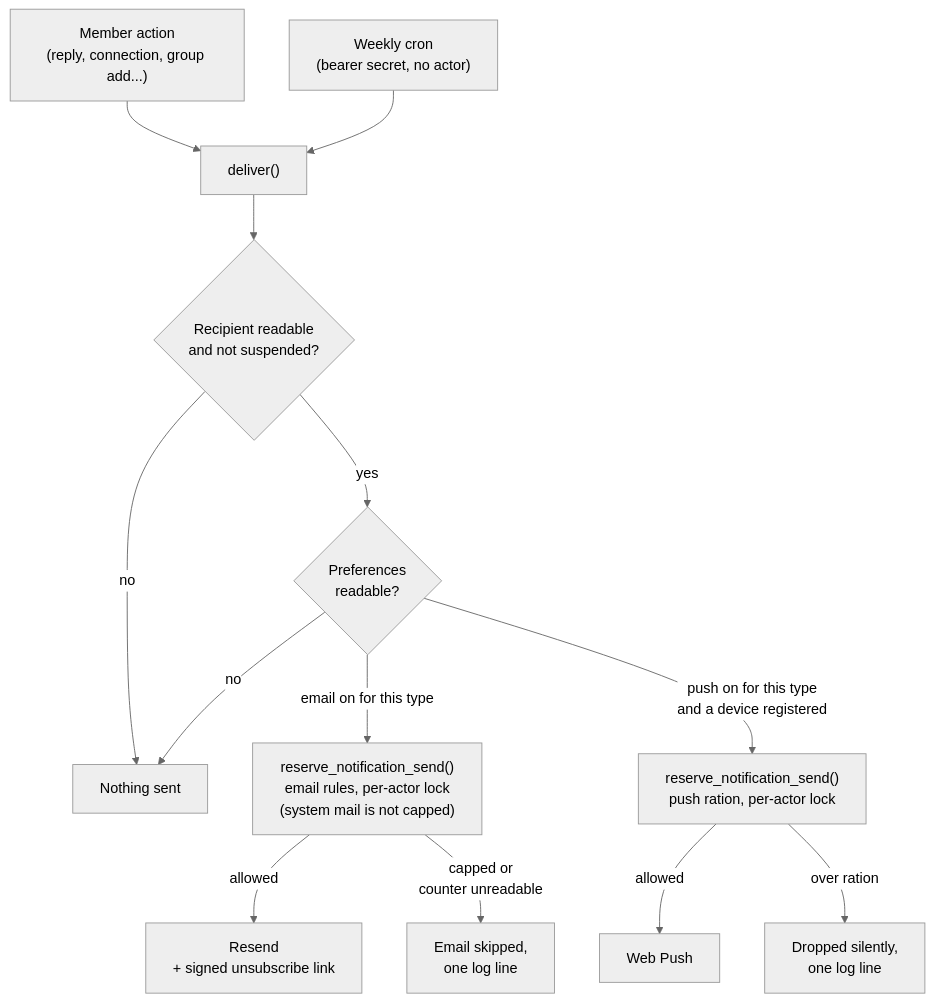
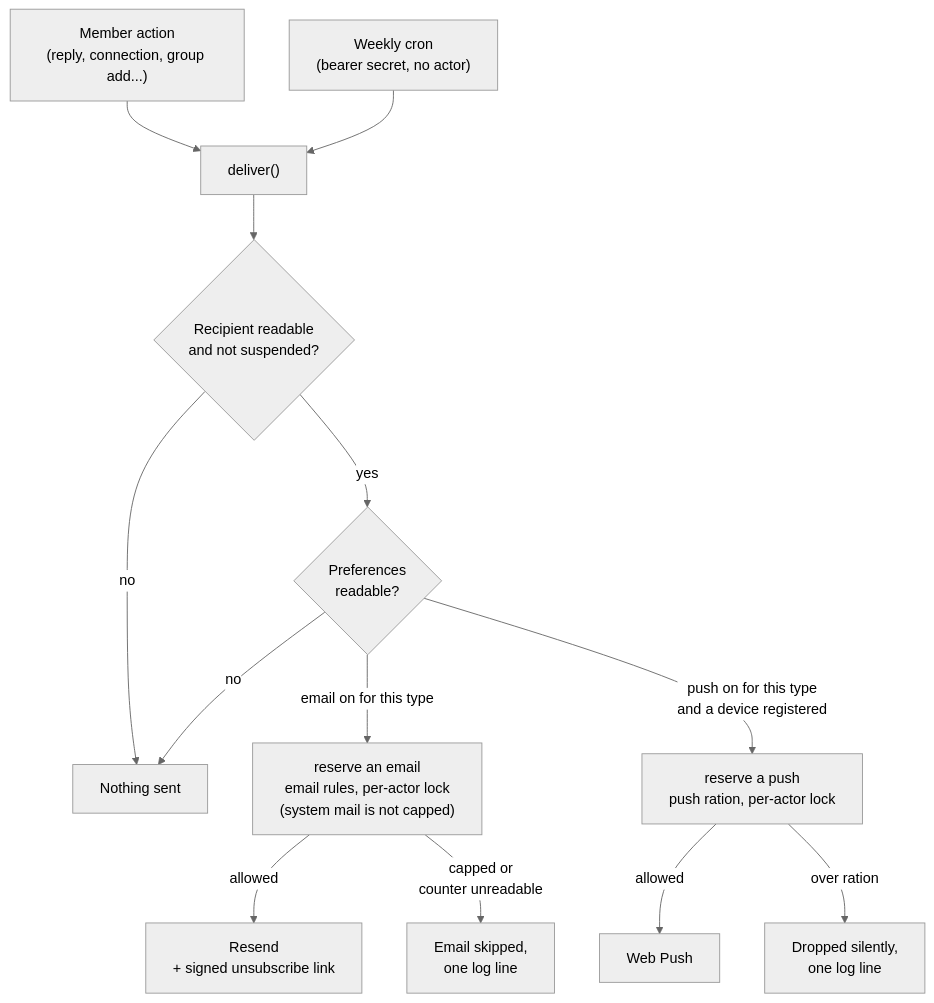
One commit to AIJSAI/on-the-lees-showcase changed the fourth of 5 diagrams in docs/architecture.md. Above: the diagram before and after it, drawn with Mermaid (neutral theme). The commit also changed other lines of this file and 2 other files, not shown here.

````diff
--- a/docs/architecture.md
+++ b/docs/architecture.md
@@ -150,15 +150,15 @@
 ```mermaid
 flowchart TB
     ACT["Member action<br/>(reply, connection, group add...)"] --> DEL
     CRON["Weekly cron<br/>(bearer secret, no actor)"] --> DEL
     DEL["deliver()"] --> SUS{"Recipient readable<br/>and not suspended?"}
     SUS -->|"no"| SKIP["Nothing sent"]
     SUS -->|"yes"| PREF{"Preferences<br/>readable?"}
     PREF -->|"no"| SKIP
-    PREF -->|"email on for this type"| ERES["reserve_notification_send()<br/>email rules, per-actor lock<br/>(system mail is not capped)"]
-    PREF -->|"push on for this type<br/>and a device registered"| PRES["reserve_notification_send()<br/>push ration, per-actor lock"]
+    PREF -->|"email on for this type"| ERES["reserve an email<br/>email rules, per-actor lock<br/>(system mail is not capped)"]
+    PREF -->|"push on for this type<br/>and a device registered"| PRES["reserve a push<br/>push ration, per-actor lock"]
     ERES -->|"allowed"| MAIL["Resend<br/>+ signed unsubscribe link"]
     ERES -->|"capped or<br/>counter unreadable"| LOG["Email skipped,<br/>one log line"]
     PRES -->|"allowed"| PUSH["Web Push"]
     PRES -->|"over ration"| DROP["Dropped silently,<br/>one log line"]
 ```
````
